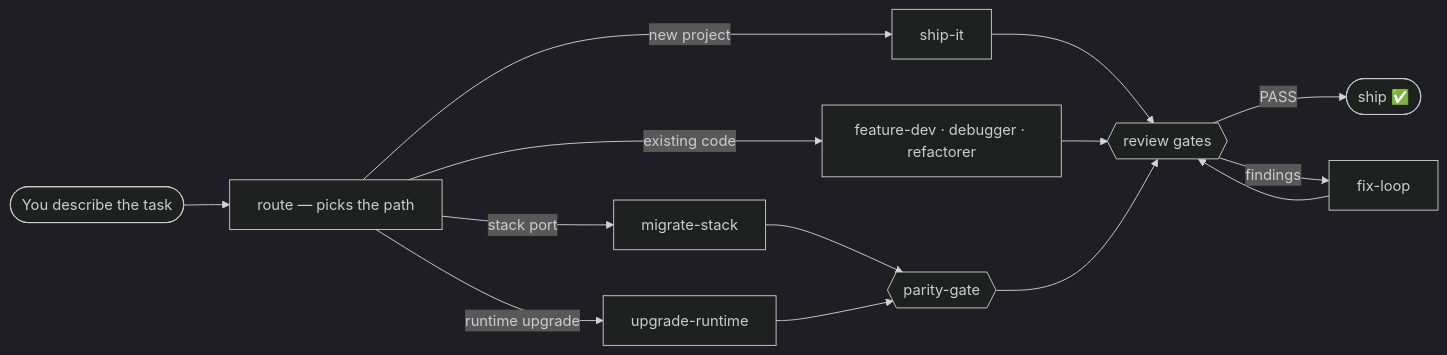
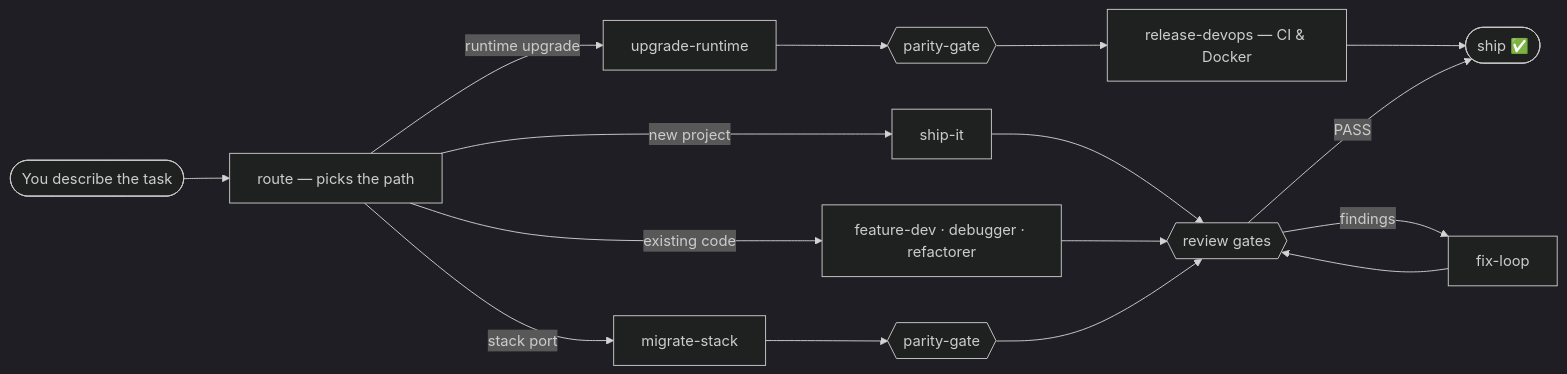
The diagram in README.md (harish-soni-swarnkar/sdlc-agents), drawn with Mermaid (dark theme) before and after one commit. The commit also changed other lines of this file and 11 other files, not shown here.

````diff
--- a/README.md
+++ b/README.md
@@ -75,16 +78,18 @@
 ```mermaid
 flowchart LR
     U(["You describe the task"]) --> R["route — picks the path"]
     R -->|new project| SI["ship-it"]
     R -->|existing code| FD["feature-dev · debugger · refactorer"]
     R -->|stack port| MS["migrate-stack"]
     R -->|runtime upgrade| UR["upgrade-runtime"]
     MS --> P{{"parity-gate"}}
-    UR --> P
+    UR --> PU{{"parity-gate"}}
+    PU --> RD["release-devops — CI & Docker"]
+    RD --> S
     SI --> G{{"review gates"}}
     FD --> G
     P --> G
     G -->|PASS| S(["ship ✅"])
     G -->|findings| FL["fix-loop"]
     FL --> G
 ```
````
